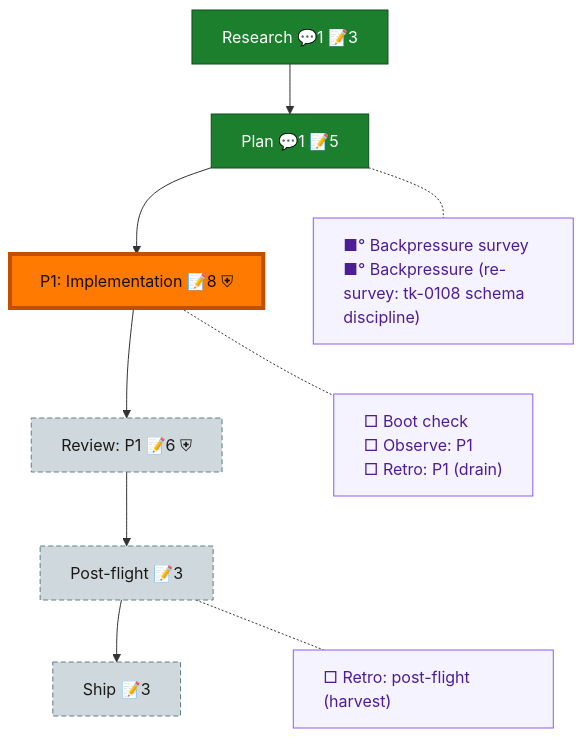
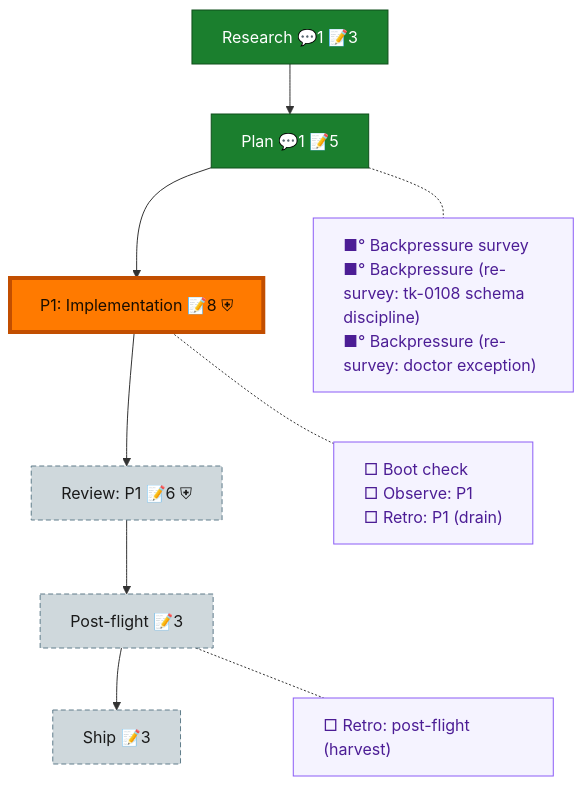
The diagram in docs/plans/003-first-light/the-flow.md (AI-Substrate/flowspace3), drawn with Mermaid before and after one commit. The commit also changed other lines of this file and 5 other files, not shown here.

Commit message:
plan 003: doctor = named control-plane exception to single-writer (option A ruling)

````diff
--- a/docs/plans/003-first-light/the-flow.md
+++ b/docs/plans/003-first-light/the-flow.md
@@ -8,30 +8,30 @@
 ```mermaid
 flowchart TD
     research["Research 💬1 📝3"]:::done
     plan["Plan 💬1 📝5"]:::done
     phase_1["P1: Implementation 📝8 ⛨"]:::known
     review_1["Review: P1 📝6 ⛨"]:::assumed
     post_flight["Post-flight 📝3"]:::assumed
     ship["Ship 📝3"]:::assumed
 
     research --> plan --> phase_1 --> review_1 --> post_flight --> ship
 
-    planC["■° Backpressure survey<br/>■° Backpressure (re-survey: tk-0108 schema discipline)"]:::chore
+    planC["■° Backpressure survey<br/>■° Backpressure (re-survey: tk-0108 schema discipline)<br/>■° Backpressure (re-survey: doctor exception)"]:::chore
     phase_1C["□ Boot check<br/>□ Observe: P1<br/>□ Retro: P1 (drain)"]:::chore
     post_flightC["□ Retro: post-flight (harvest)"]:::chore
 
     %% invisible chain holds the gutter boxes in their own column
     planC ~~~ phase_1C ~~~ post_flightC
 
     %% dotted links pull each gutter box beside its node
     plan -.- planC
     phase_1 -.- phase_1C
     post_flight -.- post_flightC
 
     classDef done fill:#1B7F2E,stroke:#0F4F1B,color:#fff;
     classDef known fill:#1E73E8,stroke:#0D3F86,color:#fff;
     classDef assumed fill:#CFD8DC,stroke:#607D8B,color:#1a1a1a,stroke-dasharray:5 3;
     classDef chore fill:#f5f3ff,stroke:#8b5cf6,color:#4c1d95,text-align:left;
     classDef current fill:#FF7A00,stroke:#C24E00,color:#1a0e00,stroke-width:4px;
     class phase_1 current;
 ```
````
